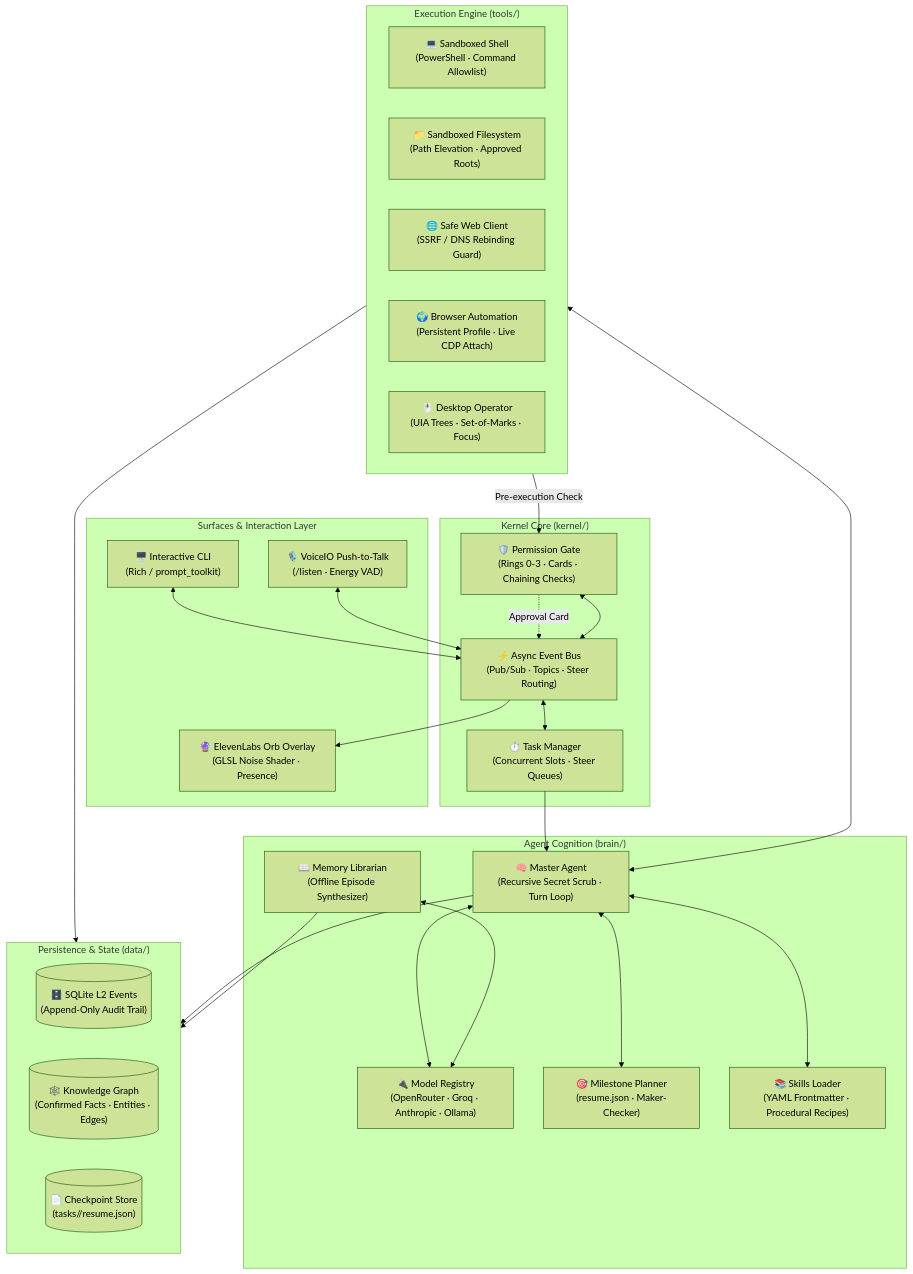
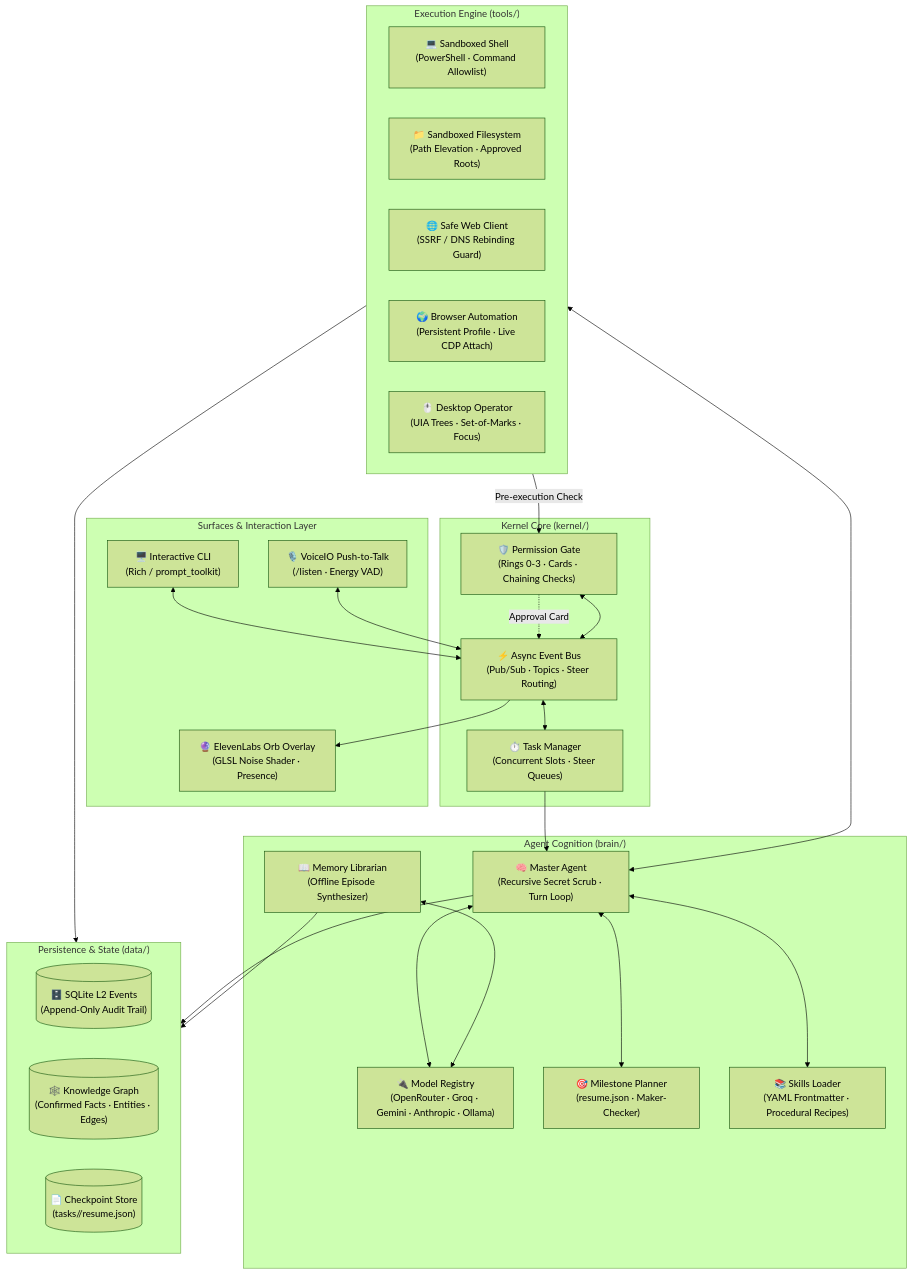
One commit to NastyRunner13/AgentOS changed the first of 6 diagrams in README.md. Above: the diagram before and after it, drawn with Mermaid (forest theme). The commit also changed other lines of this file and 8 other files, not shown here.

````diff
--- a/README.md
+++ b/README.md
@@ -50,57 +50,57 @@
 ```mermaid
 flowchart TD
     subgraph SURFACES["Surfaces & Interaction Layer"]
         CLI["🖥️ Interactive CLI\n(Rich / prompt_toolkit)"]
         VOICE["🎙️ VoiceIO Push-to-Talk\n(/listen · Energy VAD)"]
         ORB["🔮 ElevenLabs Orb Overlay\n(GLSL Noise Shader · Presence)"]
     end
 
     subgraph KERNEL["Kernel Core (kernel/)"]
         BUS["⚡ Async Event Bus\n(Pub/Sub · Topics · Steer Routing)"]
         GATE["🛡️ Permission Gate\n(Rings 0-3 · Cards · Chaining Checks)"]
         TASKS["⏱️ Task Manager\n(Concurrent Slots · Steer Queues)"]
     end
 
     subgraph BRAIN["Agent Cognition (brain/)"]
-        REGISTRY["🔌 Model Registry\n(OpenRouter · Groq · Anthropic · Ollama)"]
+        REGISTRY["🔌 Model Registry\n(OpenRouter · Groq · Gemini · Anthropic · Ollama)"]
         MASTER["🧠 Master Agent\n(Recursive Secret Scrub · Turn Loop)"]
         PLANNER["🎯 Milestone Planner\n(resume.json · Maker-Checker)"]
         SKILLS["📚 Skills Loader\n(YAML Frontmatter · Procedural Recipes)"]
         LIBRARIAN["📖 Memory Librarian\n(Offline Episode Synthesizer)"]
     end
 
     subgraph TOOLS["Execution Engine (tools/)"]
         SHELL["💻 Sandboxed Shell\n(PowerShell · Command Allowlist)"]
         FILES["📁 Sandboxed Filesystem\n(Path Elevation · Approved Roots)"]
         WEB["🌐 Safe Web Client\n(SSRF / DNS Rebinding Guard)"]
         BROWSER["🌍 Browser Automation\n(Persistent Profile · Live CDP Attach)"]
         OPERATOR["🖱️ Desktop Operator\n(UIA Trees · Set-of-Marks · Focus)"]
     end
 
     subgraph STORAGE["Persistence & State (data/)"]
         EPISODIC[("🗄️ SQLite L2 Events\n(Append-Only Audit Trail)")]
         GRAPH[("🕸️ Knowledge Graph\n(Confirmed Facts · Entities · Edges)")]
         RESUME[("📄 Checkpoint Store\n(tasks/<id>/resume.json)")]
     end
 
     %% Wiring
     CLI <--> BUS
     VOICE <--> BUS
     BUS --> ORB
 
     BUS <--> GATE
     BUS <--> TASKS
     TASKS --> MASTER
 
     MASTER <--> REGISTRY
     MASTER <--> PLANNER
     MASTER <--> SKILLS
     MASTER <--> TOOLS
     LIBRARIAN <--> REGISTRY
 
     GATE -.->|Approval Card| BUS
     TOOLS -->|Pre-execution Check| GATE
     TOOLS --> STORAGE
     MASTER --> STORAGE
     LIBRARIAN --> STORAGE
 ```
````
